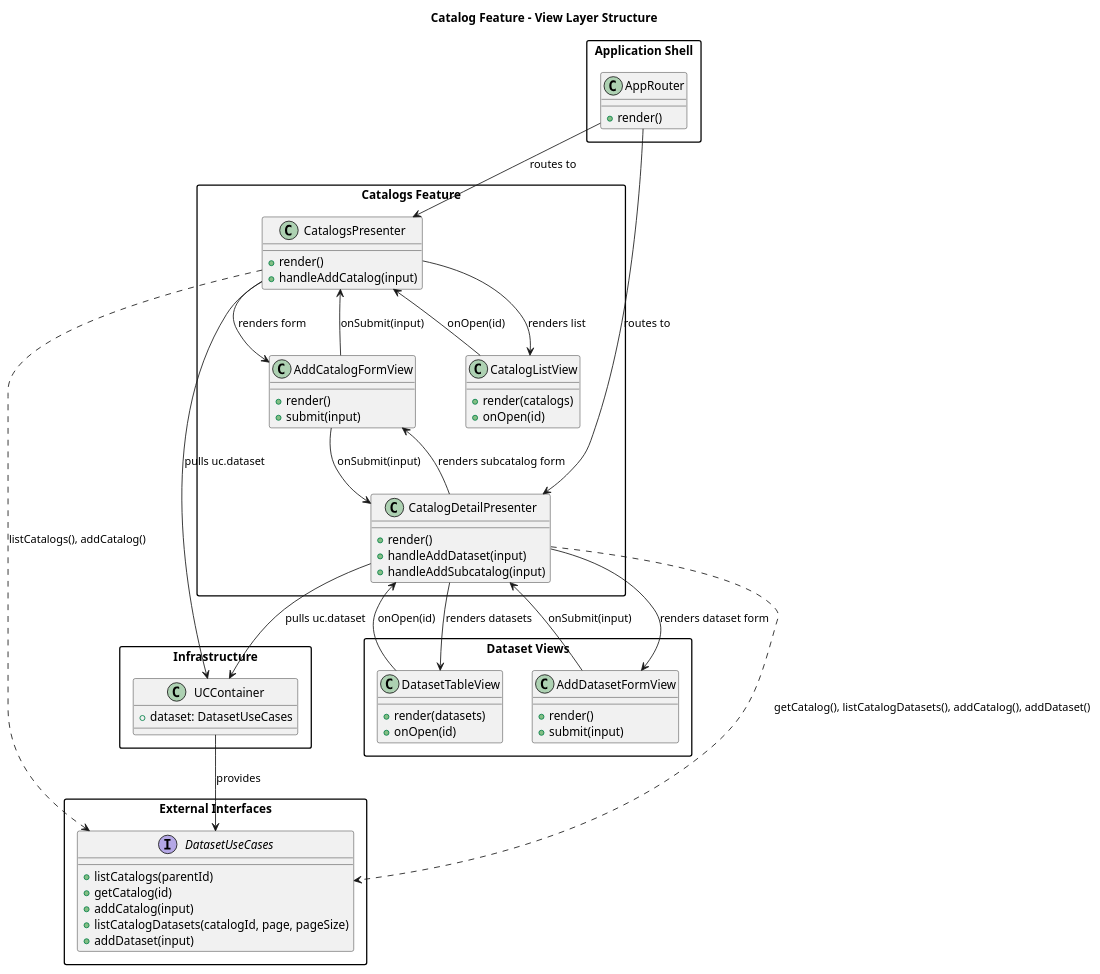
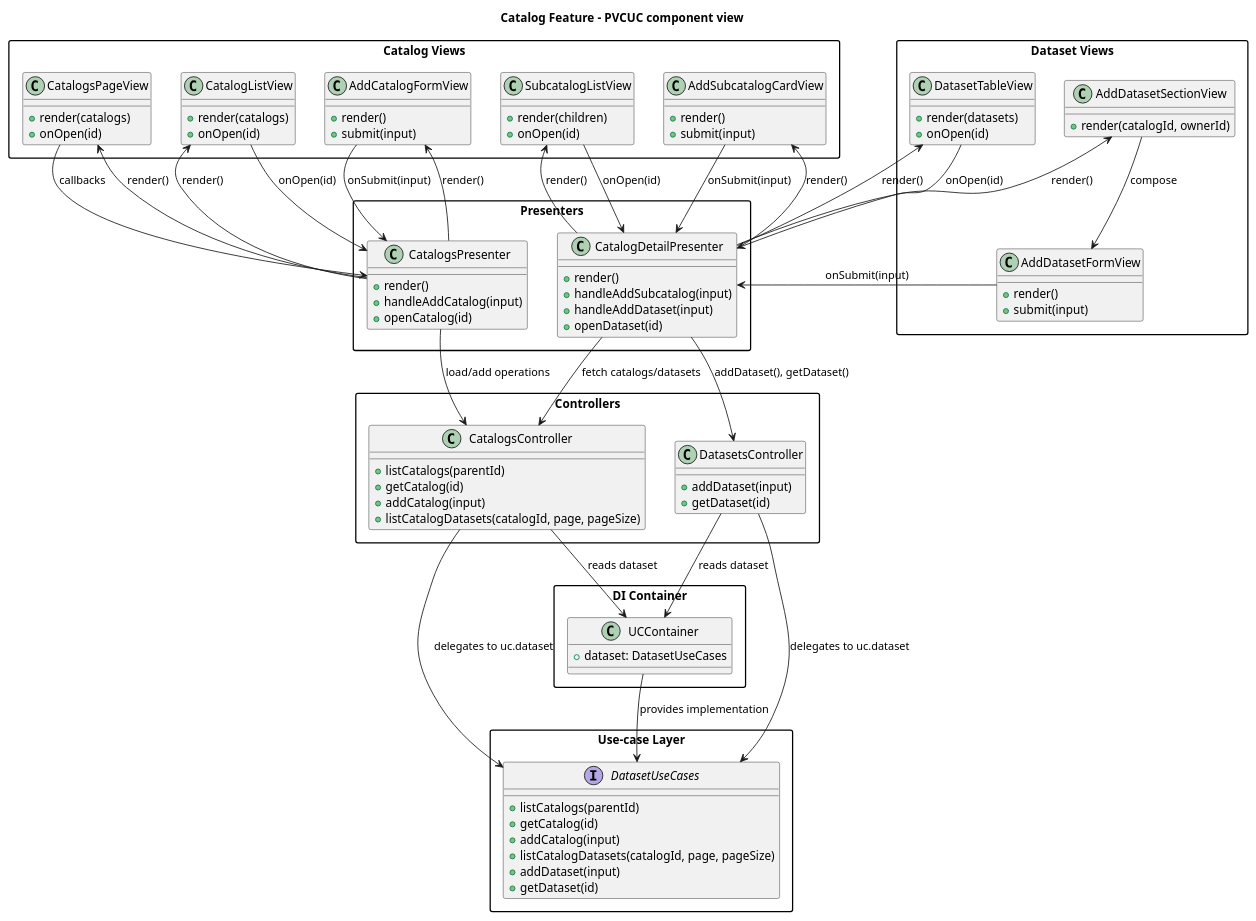
Before and after one commit to POP2025-EEPW/doorce-frontend: the diagram in diagrams/class/catalogModule.puml, drawn with PlantUML. The commit also changed 7 other files, not shown here.

Commit message:
Fix on diagrams

```diff
--- a/diagrams/class/catalogModule.puml
+++ b/diagrams/class/catalogModule.puml
@@ -1,81 +1,114 @@
 @startuml
-title Catalog Feature - View Layer Structure
+title Catalog Feature - PVCUC component view
 
 skinparam packageStyle rectangle
 
-package "External Interfaces" {
-    interface DatasetUseCases {
-        +listCatalogs(parentId)
-        +getCatalog(id)
-        +addCatalog(input)
-        +listCatalogDatasets(catalogId, page, pageSize)
-        +addDataset(input)
-    }
-}
-
-package "Application Shell" {
-    class AppRouter {
-        +render()
-    }
-}
-
-package "Catalogs Feature" {
-    class CatalogsPresenter {
-        +render()
-        +handleAddCatalog(input)
-    }
-    class CatalogDetailPresenter {
-        +render()
-        +handleAddDataset(input)
-        +handleAddSubcatalog(input)
-    }
-    class CatalogListView {
-        +render(catalogs)
-        +onOpen(id)
-    }
-    class AddCatalogFormView {
-        +render()
-        +submit(input)
-    }
+package "Catalog Views" {
+  class CatalogsPageView {
+    +render(catalogs)
+    +onOpen(id)
+  }
+  class CatalogListView {
+    +render(catalogs)
+    +onOpen(id)
+  }
+  class AddCatalogFormView {
+    +render()
+    +submit(input)
+  }
+  class SubcatalogListView {
+    +render(children)
+    +onOpen(id)
+  }
+  class AddSubcatalogCardView {
+    +render()
+    +submit(input)
+  }
 }
 
 package "Dataset Views" {
-    class DatasetTableView {
-        +render(datasets)
-        +onOpen(id)
-    }
-    class AddDatasetFormView {
-        +render()
-        +submit(input)
-    }
+  class AddDatasetSectionView {
+    +render(catalogId, ownerId)
+  }
+  class AddDatasetFormView {
+    +render()
+    +submit(input)
+  }
+  class DatasetTableView {
+    +render(datasets)
+    +onOpen(id)
+  }
 }
 
-package "Infrastructure" {
-    class UCContainer {
-        +dataset: DatasetUseCases
-    }
+package "Presenters" {
+  class CatalogsPresenter {
+    +render()
+    +handleAddCatalog(input)
+    +openCatalog(id)
+  }
+  class CatalogDetailPresenter {
+    +render()
+    +handleAddSubcatalog(input)
+    +handleAddDataset(input)
+    +openDataset(id)
+  }
 }
 
-AppRouter --> CatalogsPresenter : routes to
-AppRouter --> CatalogDetailPresenter : routes to
+package "Controllers" {
+  class CatalogsController {
+    +listCatalogs(parentId)
+    +getCatalog(id)
+    +addCatalog(input)
+    +listCatalogDatasets(catalogId, page, pageSize)
+  }
+  class DatasetsController {
+    +addDataset(input)
+    +getDataset(id)
+  }
+}
 
-CatalogsPresenter --> CatalogListView : renders list
-CatalogsPresenter --> AddCatalogFormView : renders form
-CatalogsPresenter ..> DatasetUseCases : listCatalogs(), addCatalog()
+package "Use-case Layer" {
+  interface DatasetUseCases {
+    +listCatalogs(parentId)
+    +getCatalog(id)
+    +addCatalog(input)
+    +listCatalogDatasets(catalogId, page, pageSize)
+    +addDataset(input)
+    +getDataset(id)
+  }
+}
 
-CatalogDetailPresenter --> AddCatalogFormView : renders subcatalog form
-CatalogDetailPresenter --> DatasetTableView : renders datasets
-CatalogDetailPresenter --> AddDatasetFormView : renders dataset form
-CatalogDetailPresenter ..> DatasetUseCases : getCatalog(), listCatalogDatasets(), addCatalog(), addDataset()
+package "DI Container" {
+  class UCContainer {
+    +dataset: DatasetUseCases
+  }
+}
 
-UCContainer --> DatasetUseCases : provides
-CatalogsPresenter --> UCContainer : pulls uc.dataset
-CatalogDetailPresenter --> UCContainer : pulls uc.dataset
-
+CatalogsPresenter --> CatalogsPageView : render()
+CatalogsPresenter --> CatalogListView : render()
+CatalogsPresenter --> AddCatalogFormView : render()
+CatalogsPageView --> CatalogsPresenter : callbacks
 CatalogListView --> CatalogsPresenter : onOpen(id)
 AddCatalogFormView --> CatalogsPresenter : onSubmit(input)
-AddCatalogFormView --> CatalogDetailPresenter : onSubmit(input)
+CatalogsPresenter --> CatalogsController : load/add operations
+
+CatalogDetailPresenter --> SubcatalogListView : render()
+SubcatalogListView --> CatalogDetailPresenter : onOpen(id)
+CatalogDetailPresenter --> AddSubcatalogCardView : render()
+AddSubcatalogCardView --> CatalogDetailPresenter : onSubmit(input)
+CatalogDetailPresenter --> DatasetTableView : render()
 DatasetTableView --> CatalogDetailPresenter : onOpen(id)
+CatalogDetailPresenter --> AddDatasetSectionView : render()
+AddDatasetSectionView --> AddDatasetFormView : compose
 AddDatasetFormView --> CatalogDetailPresenter : onSubmit(input)
+CatalogDetailPresenter --> CatalogsController : fetch catalogs/datasets
+CatalogDetailPresenter --> DatasetsController : addDataset(), getDataset()
+
+CatalogsController --> DatasetUseCases : delegates to uc.dataset
+DatasetsController --> DatasetUseCases : delegates to uc.dataset
+
+CatalogsController --> UCContainer : reads dataset
+DatasetsController --> UCContainer : reads dataset
+UCContainer --> DatasetUseCases : provides implementation
 
 @enduml
```
